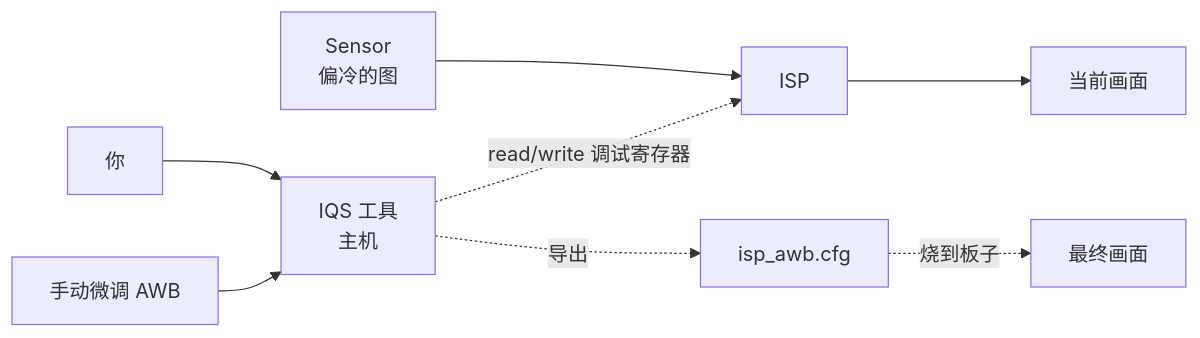
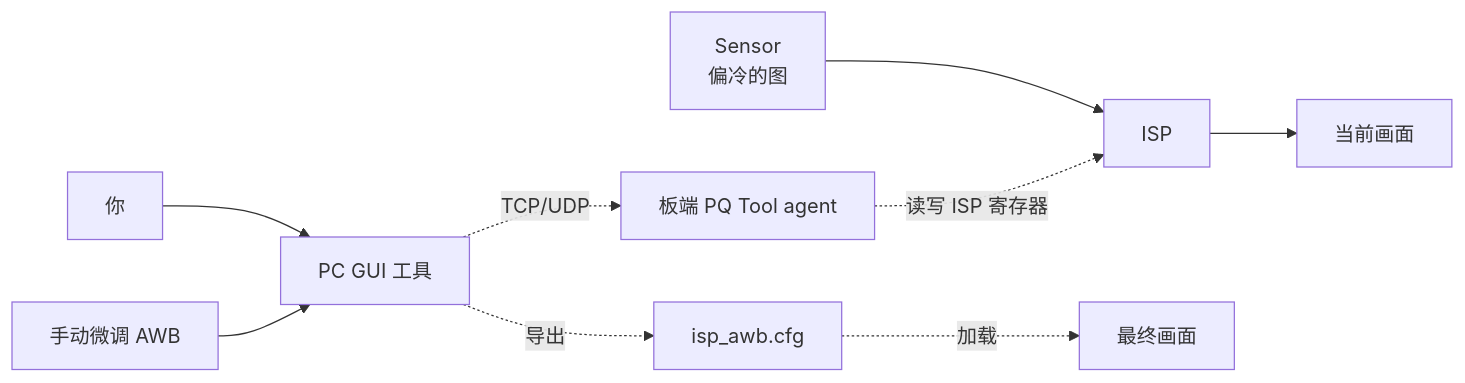
One commit to GitBubble/hi3403-docs changed the first of 2 diagrams in docs/tutorials/isp-color-tuning.md. Above: the diagram before and after it, drawn with Mermaid. The commit also changed other lines of this file and 162 other files, not shown here.

````diff
--- a/docs/tutorials/isp-color-tuning.md
+++ b/docs/tutorials/isp-color-tuning.md
@@ -22,10 +34,11 @@
 ```mermaid
 flowchart LR
     sensor[Sensor<br>偏冷的图] --> ISP[ISP]
     ISP --> board_out[当前画面]
-    IQS[IQS 工具<br>主机] -.read/write 调试寄存器.-> ISP
-    user[你] --> IQS
-    user2[手动微调 AWB] --> IQS
-    IQS -.导出.-> sys_cfg[isp_awb.cfg]
-    sys_cfg -.烧到板子.-> board_final[最终画面]
+    pqtool_agent[板端 PQ Tool agent] -.读写 ISP 寄存器.-> ISP
+    PC[PC GUI 工具] -.TCP/UDP.-> pqtool_agent
+    user[你] --> PC
+    user2[手动微调 AWB] --> PC
+    PC -.导出.-> sys_cfg[isp_awb.cfg]
+    sys_cfg -.加载.-> board_final[最终画面]
 ```
````
